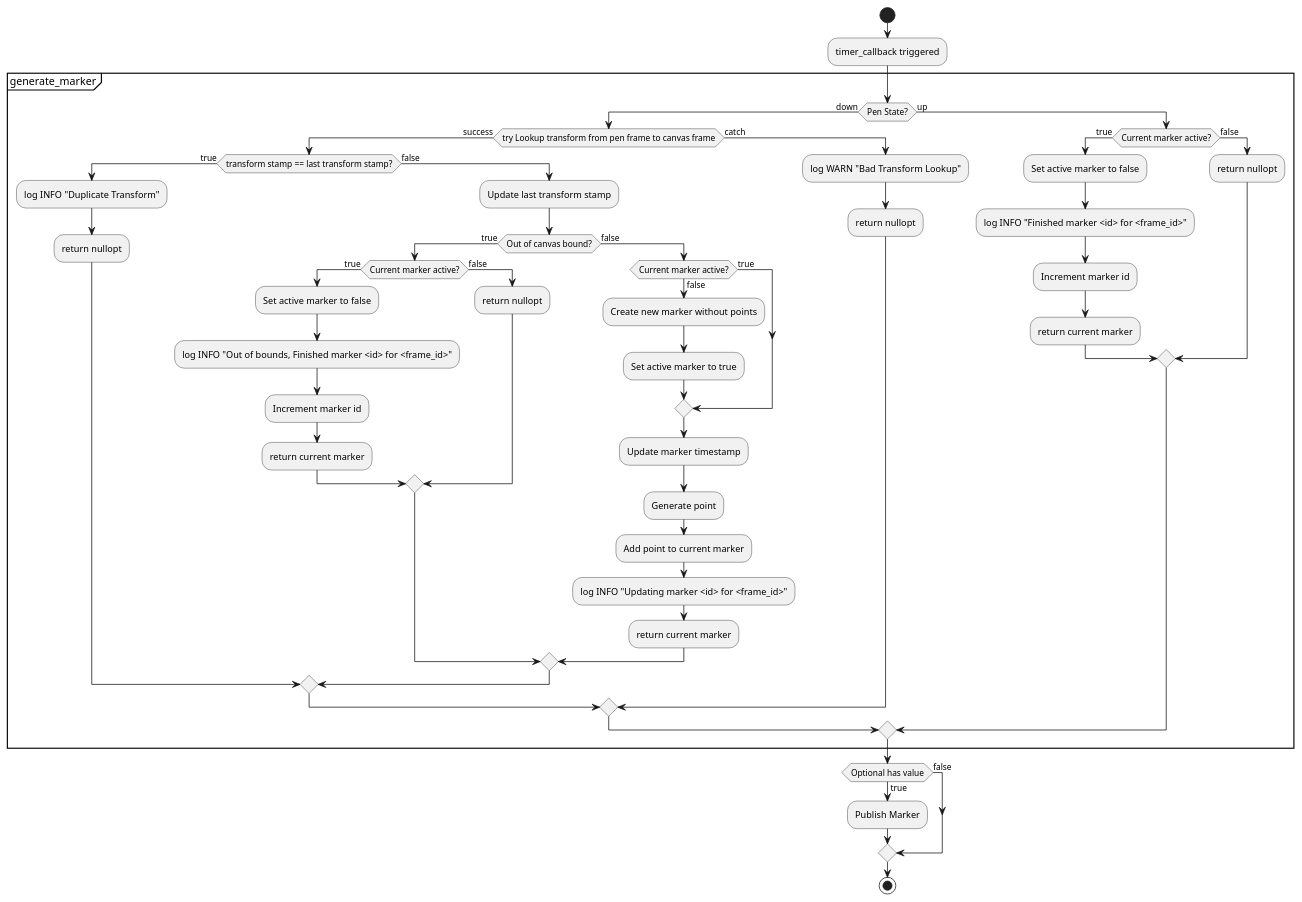
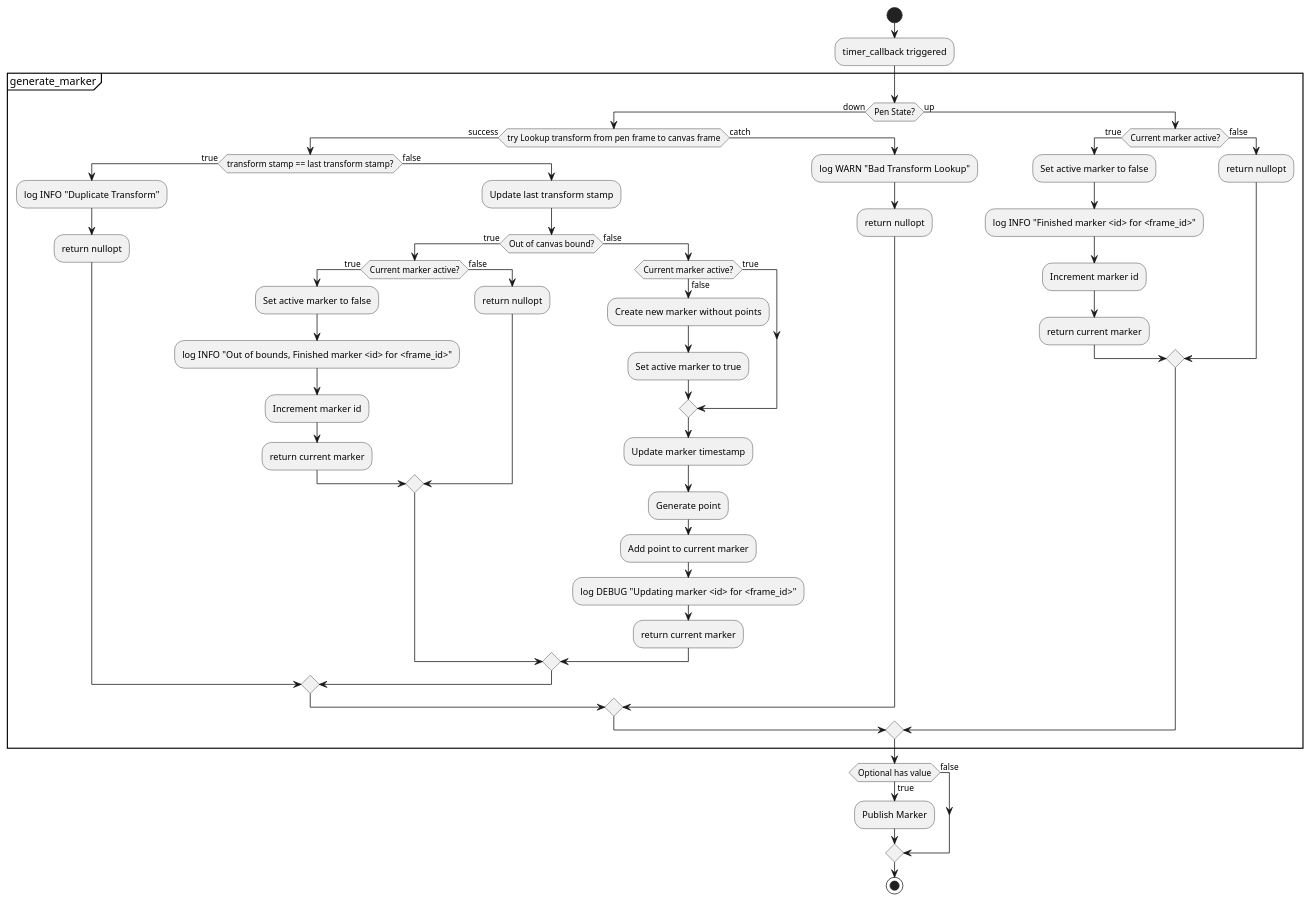
The second of 2 diagrams in docs/puml/pen_visualizer.puml (zbrotherton/RRC-RAI-ROS2), drawn with PlantUML before and after one commit. The commit also changed 1 other file, not shown here.

Commit message:
Set update log level to debug

```diff
--- a/docs/puml/pen_visualizer.puml
+++ b/docs/puml/pen_visualizer.puml
@@ -41,54 +41,54 @@
 @startuml PenVisualizerActivity
 start
 :timer_callback triggered;
 partition "generate_marker" {
     if (Pen State?) then (down)
         if (try Lookup transform from pen frame to canvas frame) then (success)
             if (transform stamp == last transform stamp?) then (true)
                 :log INFO "Duplicate Transform";
                 :return nullopt;
             else(false)
                 :Update last transform stamp;
                 if(Out of canvas bound?) then (true)
                     if(Current marker active?) then (true)
                         :Set active marker to false;
                         :log INFO "Out of bounds, Finished marker <id> for <frame_id>";
                         :Increment marker id;
                         :return current marker;
                     else (false)
                         :return nullopt;
                     endif
                 else (false)
                     if(Current marker active?) then (true)
                     else (false)
                         :Create new marker without points;
                         :Set active marker to true;
                     endif
                     :Update marker timestamp;
                     :Generate point;
                     :Add point to current marker;
-                    :log INFO "Updating marker <id> for <frame_id>";
+                    :log DEBUG "Updating marker <id> for <frame_id>";
                     :return current marker;
                 endif
             endif
         else (catch)
             :log WARN "Bad Transform Lookup";
             :return nullopt;
         endif
         else (up)
             if(Current marker active?) then (true)
                 :Set active marker to false;
                 :log INFO "Finished marker <id> for <frame_id>";
                 :Increment marker id;
                 :return current marker;
             else (false)
                 :return nullopt;
             endif
         endif
     }
     if (Optional has value) then (true)
         :Publish Marker;
     else (false)
     endif
 stop
 @enduml
```
